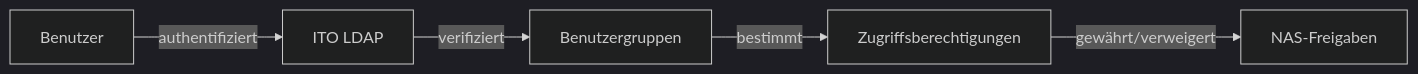
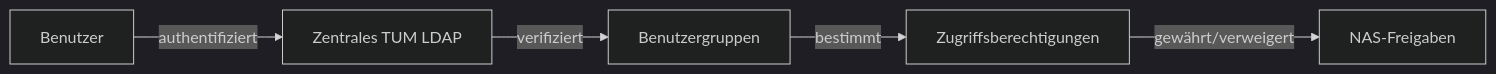
Before and after one commit to jtimo/tum-ito-admin-guide: the second of 5 diagrams in de/chapters/06-speicher-backup.qmd, drawn with Mermaid (dark theme). The commit also changed other lines of this file and 21 other files, not shown here.

````diff
--- a/de/chapters/06-speicher-backup.qmd
+++ b/de/chapters/06-speicher-backup.qmd
@@ -81,9 +86,9 @@
 ```{mermaid}
 %%| fig-cap: "NAS-Zugriffskontrollfluss"
 flowchart LR
     User["Benutzer"]
-    User --> |authentifiziert| LDAP["ITO LDAP"]
+    User --> |authentifiziert| LDAP["Zentrales TUM LDAP"]
     LDAP --> |verifiziert| Groups["Benutzergruppen"]
     Groups --> |bestimmt| Access["Zugriffsberechtigungen"]
     Access --> |gewährt/verweigert| NAS["NAS-Freigaben"]
 ```
````
